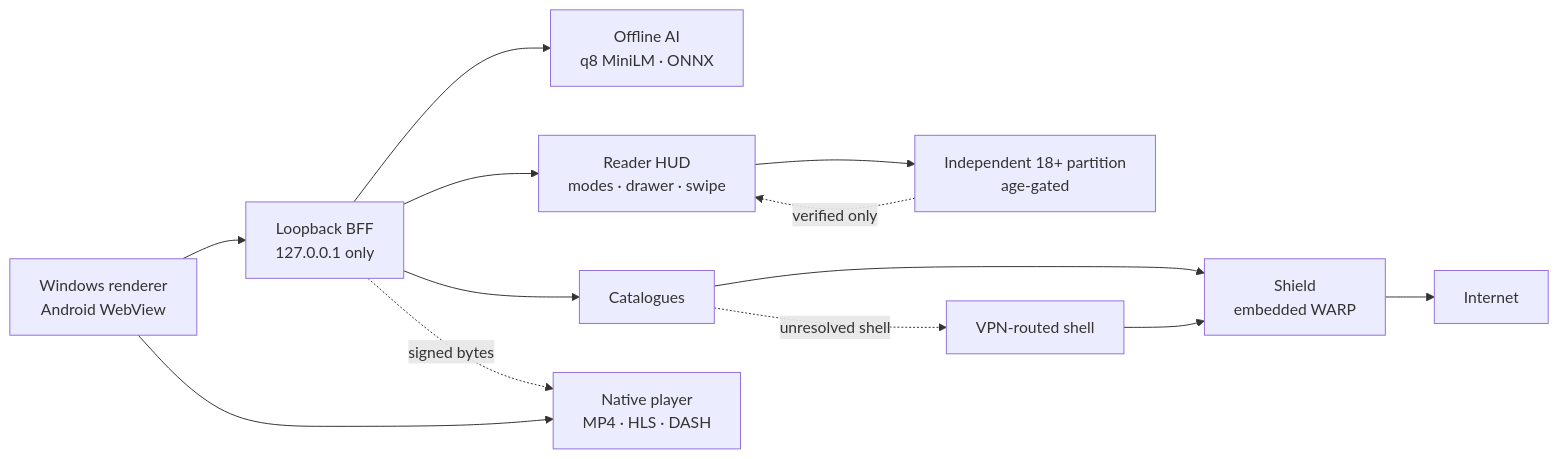
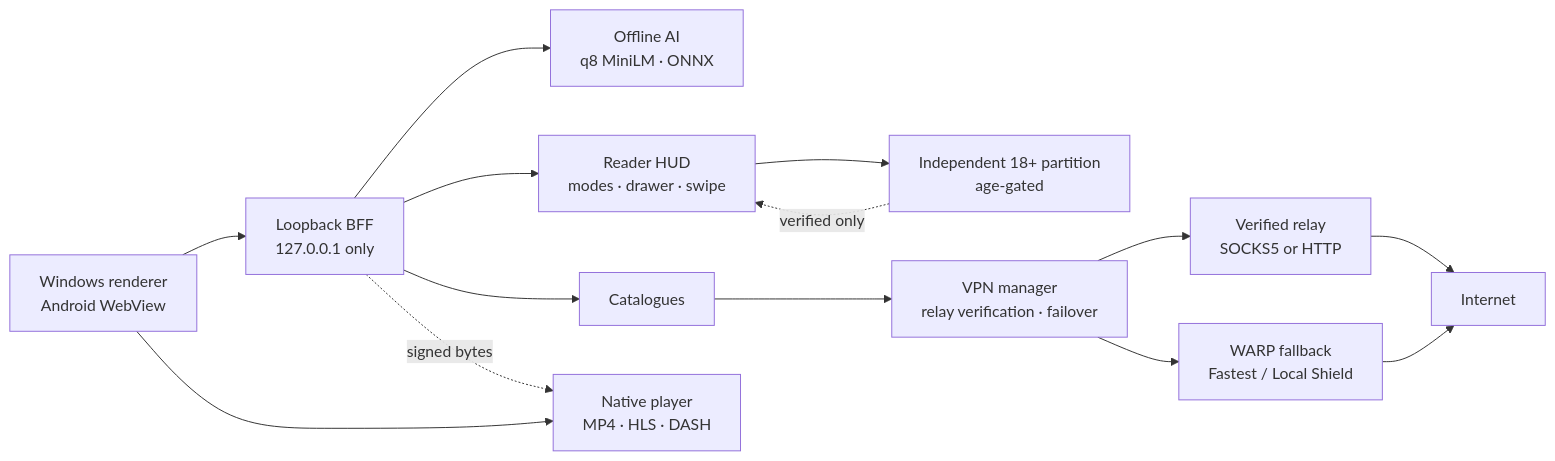
The diagram in README.md (mohdziauddin2006-cloud/superbox), drawn with Mermaid before and after one commit. The commit also changed other lines of this file and 12 other files, not shown here.

Commit message:
Release v1.4.1: Genuine multi-country VPN relay, verified libraries/episodes/AI/glass UI, human docs, fresh binaries

````diff
--- a/README.md
+++ b/README.md
@@ -180,25 +188,27 @@
 ```mermaid
 flowchart LR
     UI["Windows renderer<br/>Android WebView"]
     BFF["Loopback BFF<br/>127.0.0.1 only"]
     AI["Offline AI<br/>q8 MiniLM · ONNX"]
-    HUD["Reader HUD<br/>modes · drawer · swipe"]
+    READ["Reader HUD<br/>modes · drawer · swipe"]
     VAULT["Independent 18+ partition<br/>age-gated"]
-    VPN["Shield<br/>embedded WARP"]
-    WEB["VPN-routed shell"]
+    VPN["VPN manager<br/>relay verification · failover"]
+    RELAY["Verified relay<br/>SOCKS5 or HTTP"]
+    WARP["WARP fallback<br/>Fastest / Local Shield"]
     PLAYER["Native player<br/>MP4 · HLS · DASH"]
     NET["Catalogues"]
 
     UI --> BFF
     UI --> PLAYER
     BFF --> AI
-    BFF --> HUD
+    BFF --> READ
     BFF --> NET
+    READ --> VAULT
+    VAULT -. verified only .-> READ
     NET --> VPN
-    HUD --> VAULT
-    VAULT -. verified only .-> HUD
-    NET -. unresolved shell .-> WEB
-    WEB --> VPN
+    VPN --> RELAY
+    VPN --> WARP
+    RELAY --> Internet
+    WARP --> Internet
     BFF -. signed bytes .-> PLAYER
-    VPN --> Internet
 ```
````
